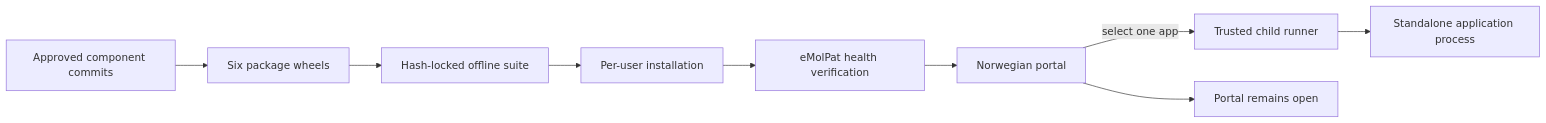
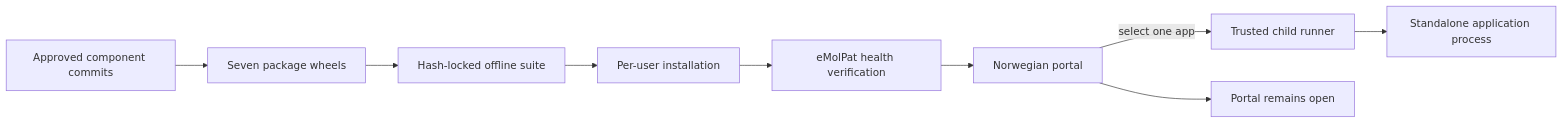
One commit to Christian-Bjornstad/eMolPat changed the diagram in README.md. Above: the diagram before and after it, drawn with Mermaid. The commit also changed other lines of this file and 13 other files, not shown here.

````diff
--- a/README.md
+++ b/README.md
@@ -77,11 +78,11 @@
 ```mermaid
 flowchart LR
-    A["Approved component commits"] --> B["Six package wheels"]
+    A["Approved component commits"] --> B["Seven package wheels"]
     B --> C["Hash-locked offline suite"]
     C --> D["Per-user installation"]
     D --> E["eMolPat health verification"]
     E --> F["Norwegian portal"]
     F -->|select one app| G["Trusted child runner"]
     G --> H["Standalone application process"]
     F --> I["Portal remains open"]
 ```
````
